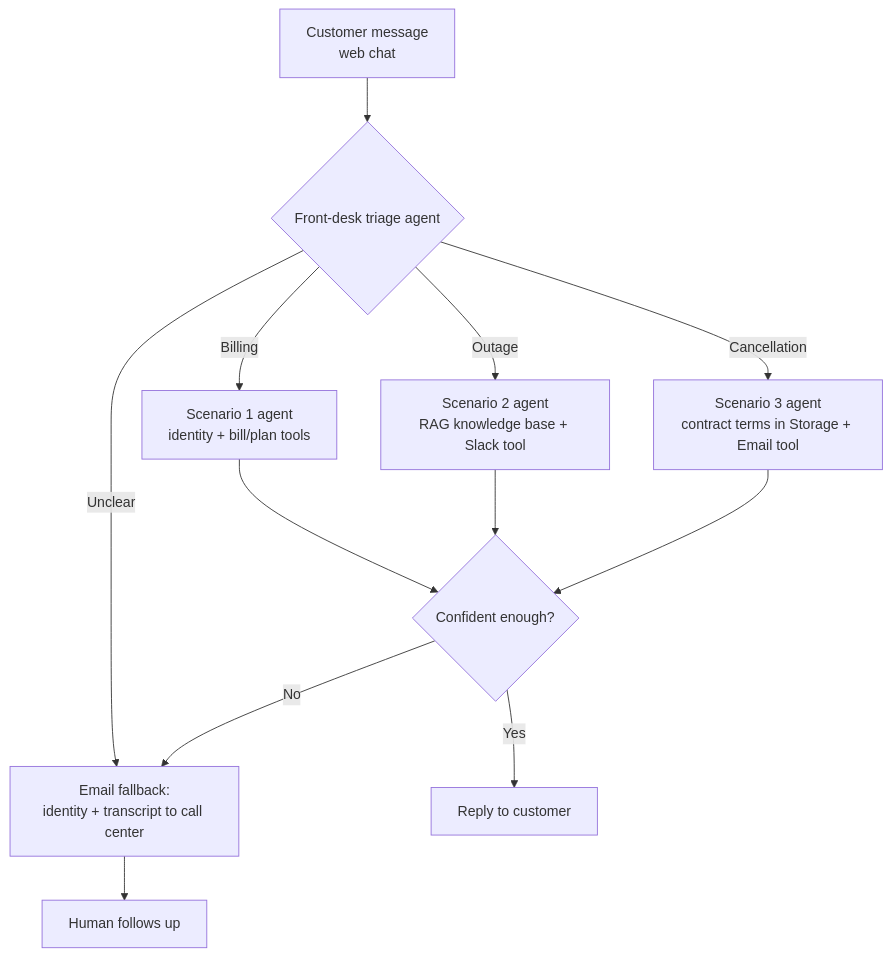
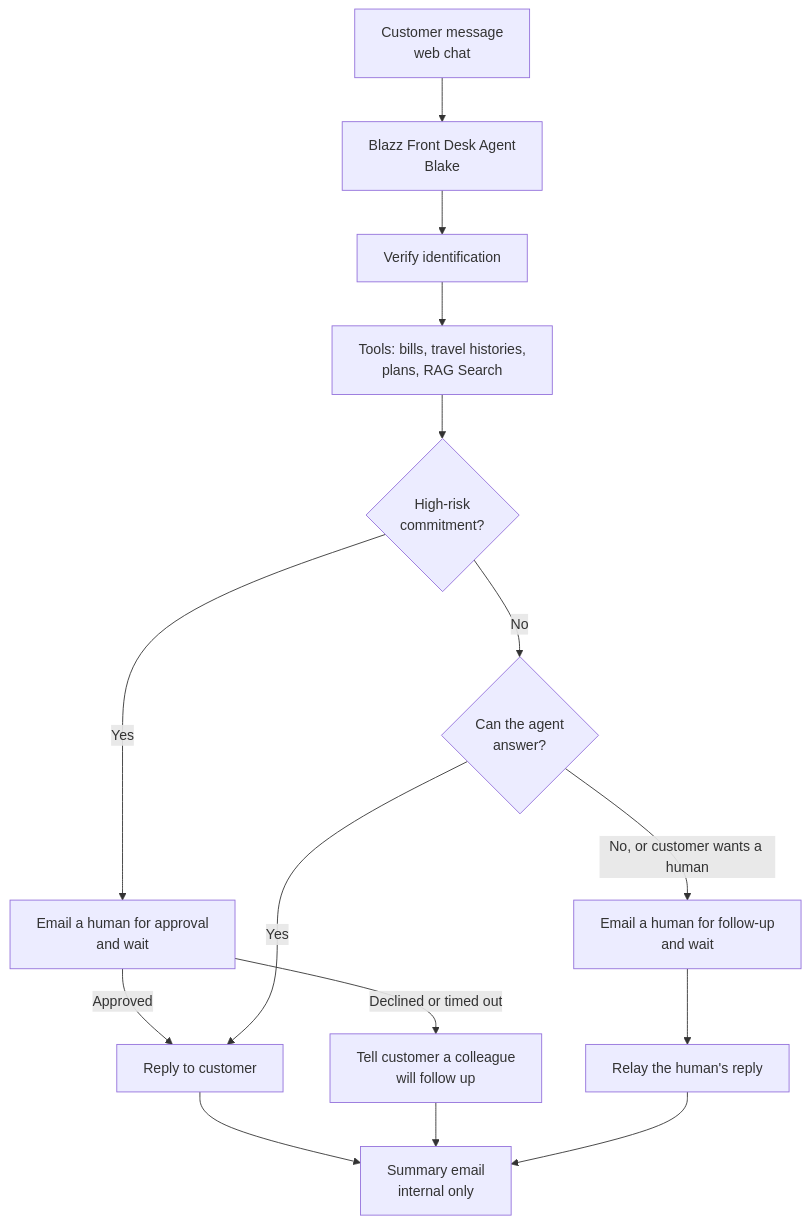
One commit to Vizino-AI/telecom-cs-agent-workshop changed the diagram in architecture.md. Above: the diagram before and after it, drawn with Mermaid. The commit also changed other lines of this file and 40 other files, not shown here.

First line of the commit message:
Cap course at five units; rebuild Unit 5 around Front Desk Agent, MCP and human-in-the-loop

````diff
--- a/architecture.md
+++ b/architecture.md
@@ -17,14 +17,17 @@
 ```mermaid
 flowchart TD
-    A[Customer message<br/>web chat] --> B{Front-desk triage agent}
-    B -->|Billing| C[Scenario 1 agent<br/>identity + bill/plan tools]
-    B -->|Outage| D[Scenario 2 agent<br/>RAG knowledge base + Slack tool]
-    B -->|Cancellation| E[Scenario 3 agent<br/>contract terms in Storage + Email tool]
-    B -->|Unclear| H
-    C --> F{Confident enough?}
-    D --> F
-    E --> F
-    F -->|Yes| G[Reply to customer]
-    F -->|No| H[Email fallback:<br/>identity + transcript to call center]
-    H --> I[Human follows up]
+    A[Customer message<br/>web chat] --> B[Blazz Front Desk Agent<br/>Blake]
+    B --> C[Verify identification]
+    C --> D[Tools: bills, travel histories,<br/>plans, RAG Search]
+    D --> E{High-risk<br/>commitment?}
+    E -->|Yes| F[Email a human for approval<br/>and wait]
+    F -->|Approved| G[Reply to customer]
+    F -->|Declined or timed out| H[Tell customer a colleague<br/>will follow up]
+    E -->|No| I{Can the agent<br/>answer?}
+    I -->|Yes| G
+    I -->|No, or customer wants a human| J[Email a human for follow-up<br/>and wait]
+    J --> K[Relay the human's reply]
+    G --> L[Summary email<br/>internal only]
+    H --> L
+    K --> L
 ```
````
